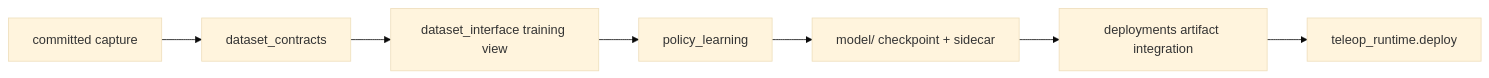
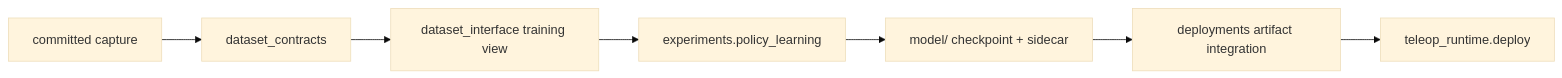
The seventh of 9 diagrams in docs/architecture/dexteleop_architecture_visual_guide.md (xiaopangxiexyg/AgenticRobot), drawn with Mermaid (base theme) before and after one commit. The commit also changed other lines of this file and 34 other files, not shown here.

Commit message:
refactor(experiments): establish policy learning boundary

````diff
--- a/docs/architecture/dexteleop_architecture_visual_guide.md
+++ b/docs/architecture/dexteleop_architecture_visual_guide.md
@@ -212,9 +217,9 @@
 ```mermaid
 flowchart LR
     Capture["committed capture"] --> Contract["dataset_contracts"]
     Contract --> View["dataset_interface training view"]
-    View --> Learn["policy_learning"]
+    View --> Learn["experiments.policy_learning"]
     Learn --> Artifact["model/ checkpoint + sidecar"]
     Artifact --> Deploy["deployments artifact integration"]
     Deploy --> Runtime["teleop_runtime.deploy"]
 ```
````
